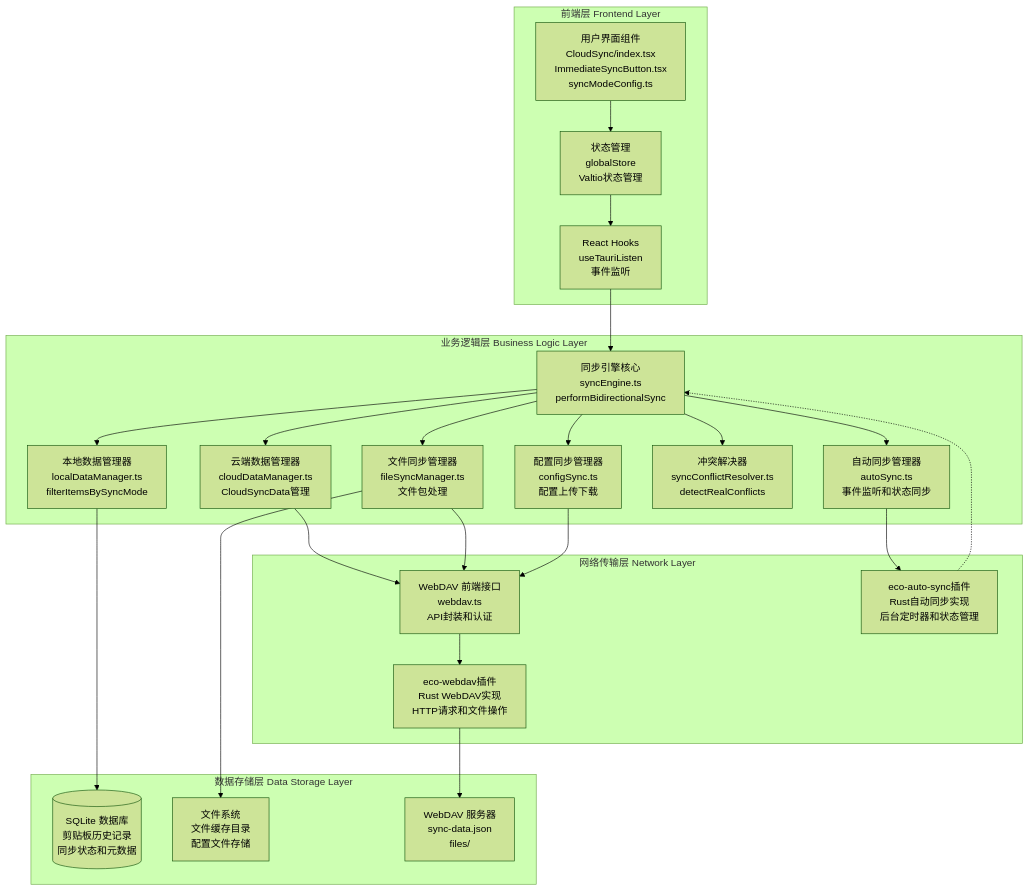
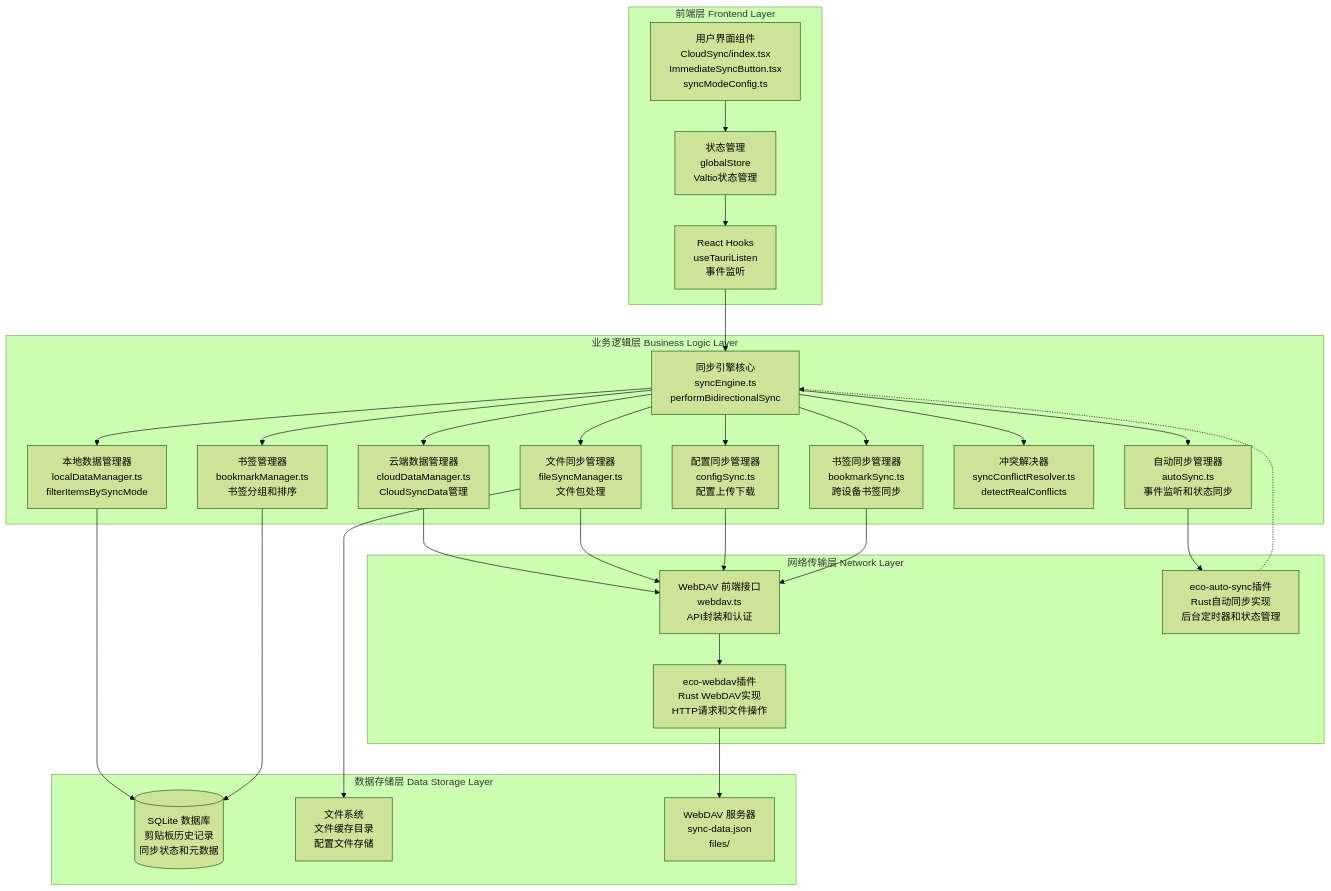
Before and after one commit to Ruszero01/EcoPaste-Sync: the first of 11 diagrams in docs/architecture-diagram.md, drawn with Mermaid (forest theme). The commit also changed other lines of this file and 8 other files, not shown here.

````diff
--- a/docs/architecture-diagram.md
+++ b/docs/architecture-diagram.md
@@ -5,53 +5,59 @@
 ```mermaid
 graph TB
     subgraph "前端层 Frontend Layer"
         UI[用户界面组件<br/>CloudSync/index.tsx<br/>ImmediateSyncButton.tsx<br/>syncModeConfig.ts]
         State[状态管理<br/>globalStore<br/>Valtio状态管理]
         Hooks[React Hooks<br/>useTauriListen<br/>事件监听]
     end
 
     subgraph "业务逻辑层 Business Logic Layer"
         SyncEngine[同步引擎核心<br/>syncEngine.ts<br/>performBidirectionalSync]
         LocalData[本地数据管理器<br/>localDataManager.ts<br/>filterItemsBySyncMode]
         CloudData[云端数据管理器<br/>cloudDataManager.ts<br/>CloudSyncData管理]
         FileSync[文件同步管理器<br/>fileSyncManager.ts<br/>文件包处理]
         AutoSync[自动同步管理器<br/>autoSync.ts<br/>事件监听和状态同步]
+        BookmarkManager[书签管理器<br/>bookmarkManager.ts<br/>书签分组和排序]
+        BookmarkSync[书签同步管理器<br/>bookmarkSync.ts<br/>跨设备书签同步]
         ConflictResolver[冲突解决器<br/>syncConflictResolver.ts<br/>detectRealConflicts]
         ConfigSync[配置同步管理器<br/>configSync.ts<br/>配置上传下载]
     end
 
     subgraph "网络传输层 Network Layer"
         WebDAVClient[WebDAV 前端接口<br/>webdav.ts<br/>API封装和认证]
         TauriPlugin1[eco-webdav插件<br/>Rust WebDAV实现<br/>HTTP请求和文件操作]
         TauriPlugin2[eco-auto-sync插件<br/>Rust自动同步实现<br/>后台定时器和状态管理]
     end
 
     subgraph "数据存储层 Data Storage Layer"
         SQLite[(SQLite 数据库<br/>剪贴板历史记录<br/>同步状态和元数据)]
         FileSystem[文件系统<br/>文件缓存目录<br/>配置文件存储]
         WebDAVServer[WebDAV 服务器<br/>sync-data.json<br/>files/]
     end
 
     UI --> State
     State --> Hooks
     Hooks --> SyncEngine
 
     SyncEngine --> LocalData
     SyncEngine --> CloudData
     SyncEngine --> FileSync
     SyncEngine --> AutoSync
+    SyncEngine --> BookmarkManager
+    SyncEngine --> BookmarkSync
     SyncEngine --> ConflictResolver
     SyncEngine --> ConfigSync
 
     LocalData --> SQLite
     FileSync --> FileSystem
+    BookmarkManager --> SQLite
     CloudData --> WebDAVClient
     FileSync --> WebDAVClient
     ConfigSync --> WebDAVClient
+    BookmarkSync --> WebDAVClient
 
     WebDAVClient --> TauriPlugin1
     AutoSync --> TauriPlugin2
     TauriPlugin1 --> WebDAVServer
 
     TauriPlugin2 -.-> SyncEngine
 ```
````
